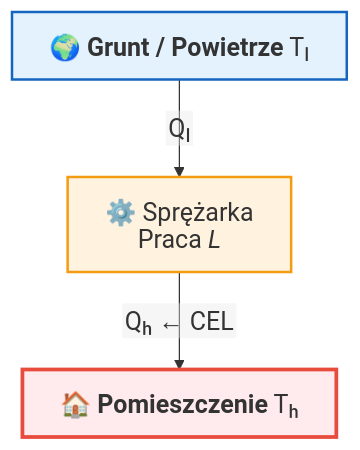
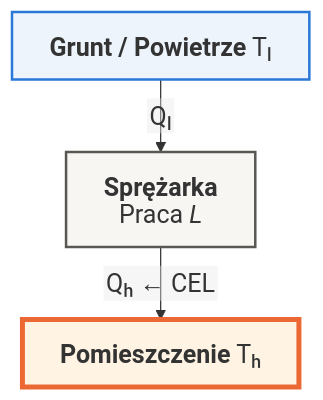
Before and after one commit to moondec/Termodynamika: the fourth of 4 diagrams in Wyklady/11_Chlodnictwo.qmd, drawn with Mermaid. The commit also changed other lines of this file and 229 other files, not shown here.

````diff
--- a/Wyklady/11_Chlodnictwo.qmd
+++ b/Wyklady/11_Chlodnictwo.qmd
@@ -687,16 +666,16 @@
 ```{mermaid}
 %%| fig-align: center
 
-%%{init: {'theme': 'default', 'flowchart': {'htmlLabels': false, 'wrappingWidth': 400, 'subGraphTitleMargin': {'top': 6, 'bottom': 16}}, 'themeVariables': {'fontSize': '20px', 'fontFamily': 'Arial, Helvetica, sans-serif'}, 'htmlLabels': false}}%%
+%%{init: {'theme': 'default', 'flowchart': {'htmlLabels': false, 'wrappingWidth': 400, 'nodeSpacing': 30, 'rankSpacing': 30, 'subGraphTitleMargin': {'top': 6, 'bottom': 16}}, 'themeVariables': {'fontSize': '20px', 'fontFamily': 'Arial, Helvetica, sans-serif'}, 'htmlLabels': false}}%%
 flowchart TD
-    TH["`🏠 **Pomieszczenie** Tₕ`"]
-    TL["`🌍 **Grunt / Powietrze** Tₗ`"]
-    M["`⚙️ Sprężarka
+    TH["`**Pomieszczenie** Tₕ`"]
+    TL["`**Grunt / Powietrze** Tₗ`"]
+    M["`**Sprężarka**
 Praca *L*`"]
     TL -->|"Qₗ"| M
     M -->|"Qₕ ← CEL"| TH
-    
-    style TH fill:#ffebee,stroke:#e74c3c,stroke-width:3px
-    style TL fill:#e3f2fd,stroke:#1565c0,stroke-width:2px
-    style M fill:#fff3e0,stroke:#f39c12,stroke-width:2px
+
+    style TH fill:#fff4e3,stroke:#eb6834,stroke-width:4px
+    style TL fill:#eef4fb,stroke:#2a78d6,stroke-width:2px
+    style M fill:#f7f6f3,stroke:#5a5753,stroke-width:2px
 ```
````
